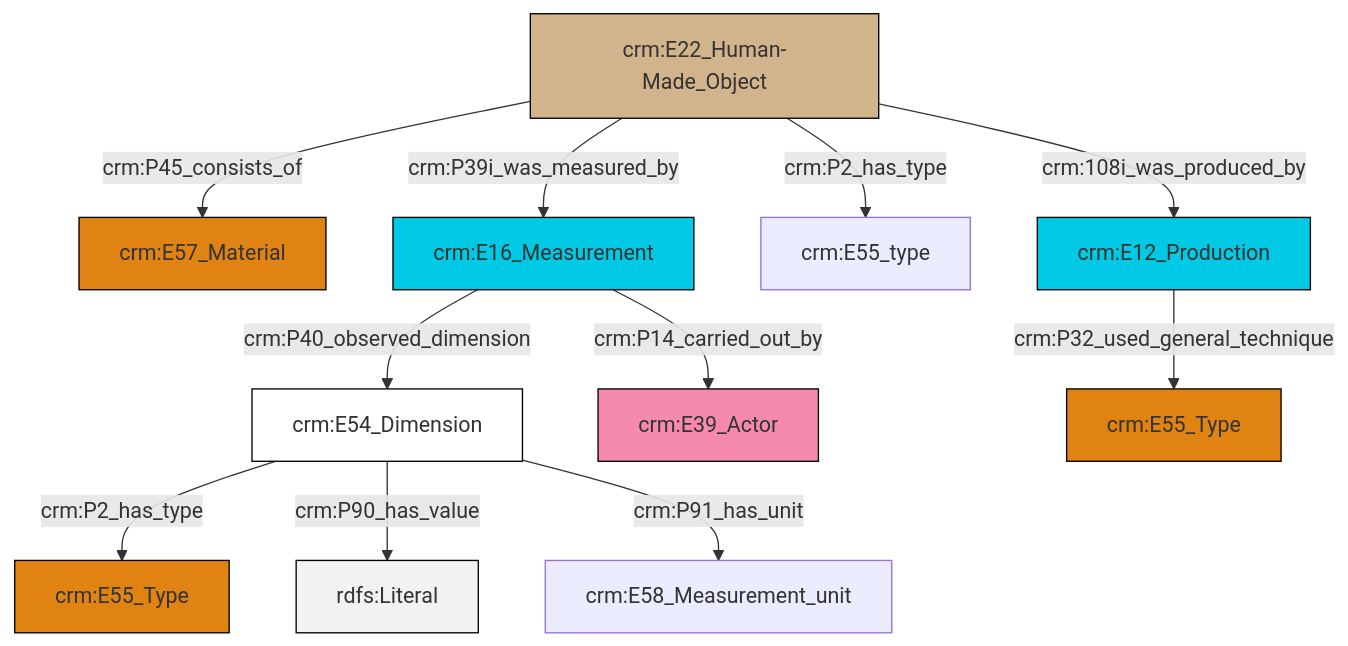
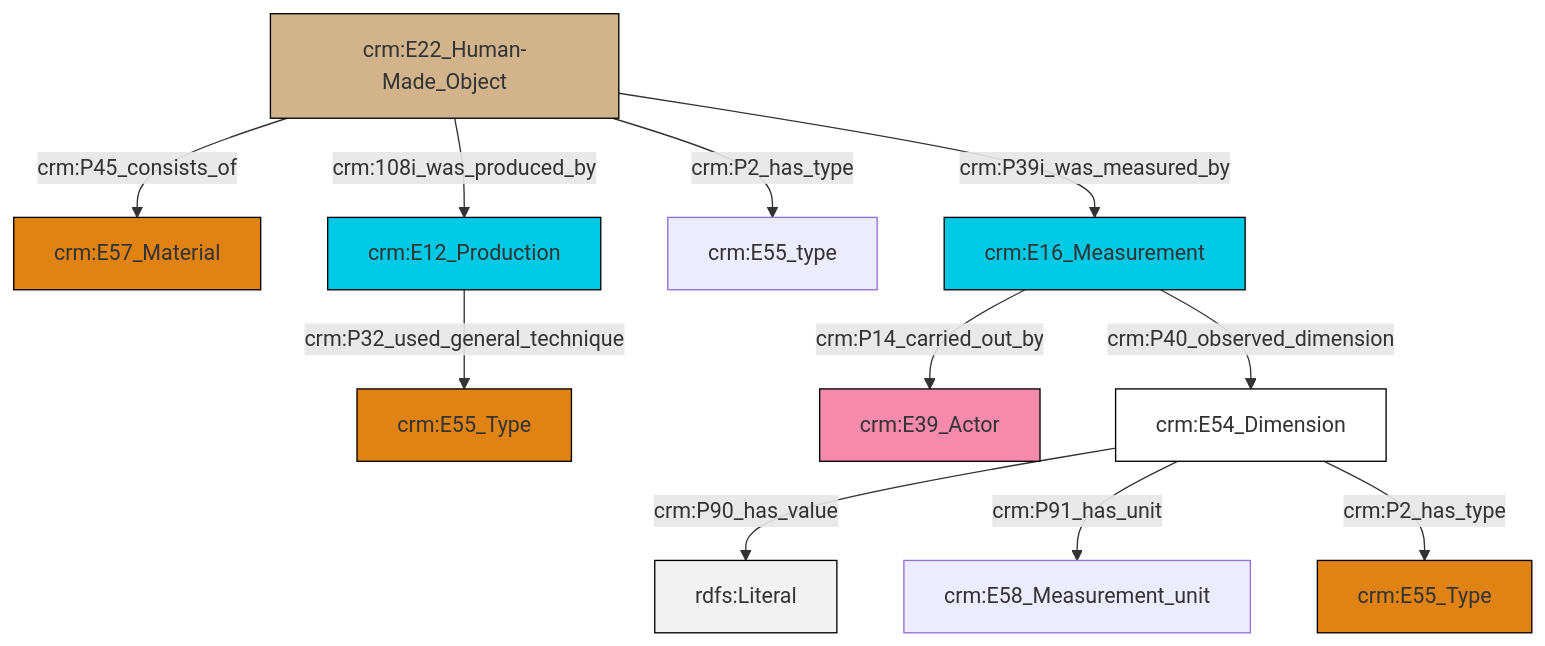
The diagram in et/builtWorkCSV/ttl/mmd/Built_Work_substance.ttl.mmd (swiss-art-research-net/reference-data-models), drawn with Mermaid before and after one commit. The commit also changed 128 other files, not shown here.

```diff
--- a/et/builtWorkCSV/ttl/mmd/Built_Work_substance.ttl.mmd
+++ b/et/builtWorkCSV/ttl/mmd/Built_Work_substance.ttl.mmd
@@ -1,25 +1,25 @@
 graph TD
 classDef Literal fill:#f2f2f2,stroke:#000000;
 classDef CRM_Entity fill:#FFFFFF,stroke:#000000;
 classDef Temporal_Entity fill:#00C9E6, stroke:#000000;
 classDef Type fill:#E18312, stroke:#000000;
 classDef Time-Span fill:#2C9C91, stroke:#000000;
 classDef Appellation fill:#FFEB7F, stroke:#000000;
 classDef Place fill:#008836, stroke:#000000;
 classDef Persistent_Item fill:#B266B2, stroke:#000000;
 classDef Conceptual_Object fill:#FFD700, stroke:#000000;
 classDef Physical_Thing fill:#D2B48C, stroke:#000000;
 classDef Actor fill:#f58aad, stroke:#000000;
 classDef PC_Classes fill:#4ce600, stroke:#000000;
 classDef Multi fill:#cccccc,stroke:#000000;
 
-8["crm:E54_Dimension"]:::CRM_Entity -->|crm:P2_has_type| 9["crm:E55_Type"]:::Type
-4["crm:E16_Measurement"]:::Temporal_Entity -->|crm:P40_observed_dimension| 8["crm:E54_Dimension"]:::CRM_Entity
-8["crm:E54_Dimension"]:::CRM_Entity -->|crm:P90_has_value| 10[rdfs:Literal]:::Literal
-2["crm:E22_Human-Made_Object"]:::Physical_Thing -->|crm:P45_consists_of| 6["crm:E57_Material"]:::Type
-2["crm:E22_Human-Made_Object"]:::Physical_Thing -->|crm:P39i_was_measured_by| 4["crm:E16_Measurement"]:::Temporal_Entity
-8["crm:E54_Dimension"]:::CRM_Entity -->|crm:P91_has_unit| 12["crm:E58_Measurement_unit"]:::Default
-2["crm:E22_Human-Made_Object"]:::Physical_Thing -->|crm:P2_has_type| 15["crm:E55_type"]:::Default
-0["crm:E12_Production"]:::Temporal_Entity -->|crm:P32_used_general_technique| 17["crm:E55_Type"]:::Type
-2["crm:E22_Human-Made_Object"]:::Physical_Thing -->|crm:108i_was_produced_by| 0["crm:E12_Production"]:::Temporal_Entity
-4["crm:E16_Measurement"]:::Temporal_Entity -->|crm:P14_carried_out_by| 19["crm:E39_Actor"]:::Actor
+0["crm:E54_Dimension"]:::CRM_Entity -->|crm:P90_has_value| 1[rdfs:Literal]:::Literal
+4["crm:E12_Production"]:::Temporal_Entity -->|crm:P32_used_general_technique| 5["crm:E55_Type"]:::Type
+6["crm:E22_Human-Made_Object"]:::Physical_Thing -->|crm:P45_consists_of| 7["crm:E57_Material"]:::Type
+6["crm:E22_Human-Made_Object"]:::Physical_Thing -->|crm:108i_was_produced_by| 4["crm:E12_Production"]:::Temporal_Entity
+0["crm:E54_Dimension"]:::CRM_Entity -->|crm:P91_has_unit| 9["crm:E58_Measurement_unit"]:::Default
+0["crm:E54_Dimension"]:::CRM_Entity -->|crm:P2_has_type| 13["crm:E55_Type"]:::Type
+6["crm:E22_Human-Made_Object"]:::Physical_Thing -->|crm:P2_has_type| 2["crm:E55_type"]:::Default
+6["crm:E22_Human-Made_Object"]:::Physical_Thing -->|crm:P39i_was_measured_by| 16["crm:E16_Measurement"]:::Temporal_Entity
+16["crm:E16_Measurement"]:::Temporal_Entity -->|crm:P14_carried_out_by| 14["crm:E39_Actor"]:::Actor
+16["crm:E16_Measurement"]:::Temporal_Entity -->|crm:P40_observed_dimension| 0["crm:E54_Dimension"]:::CRM_Entity
```
